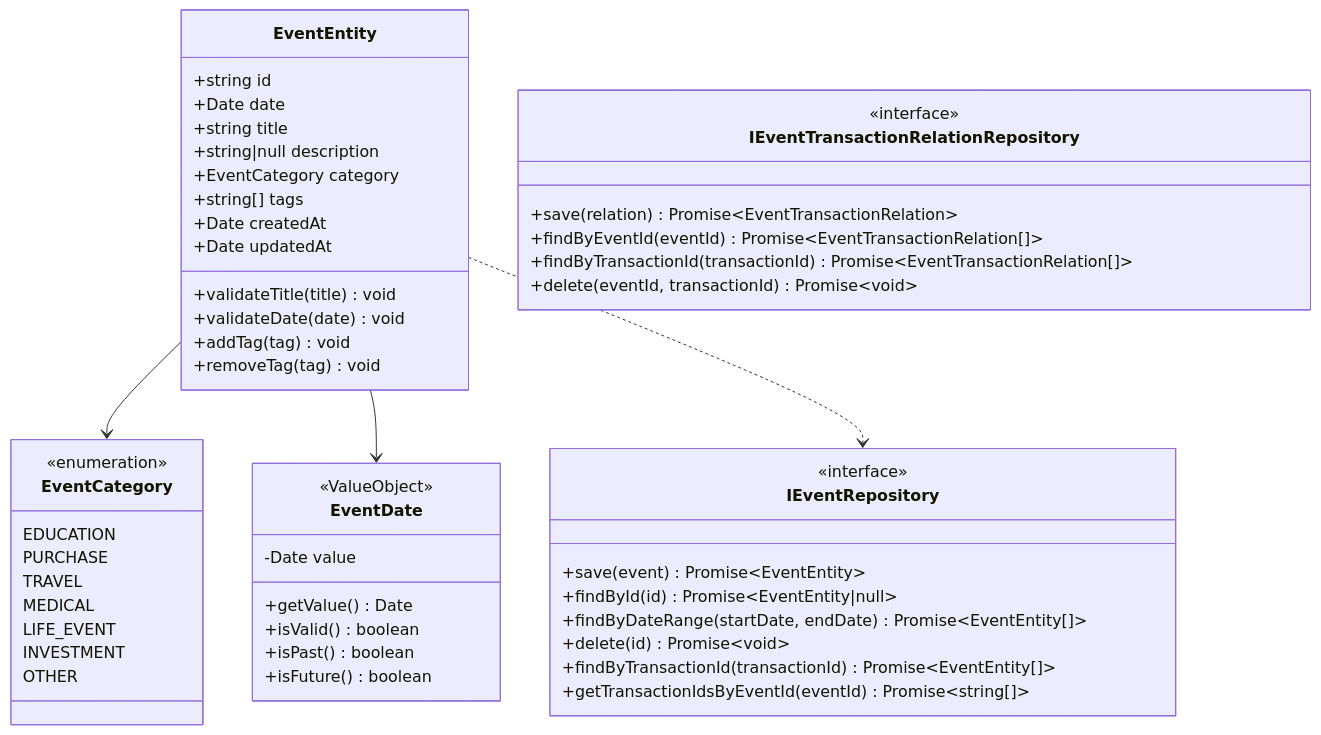
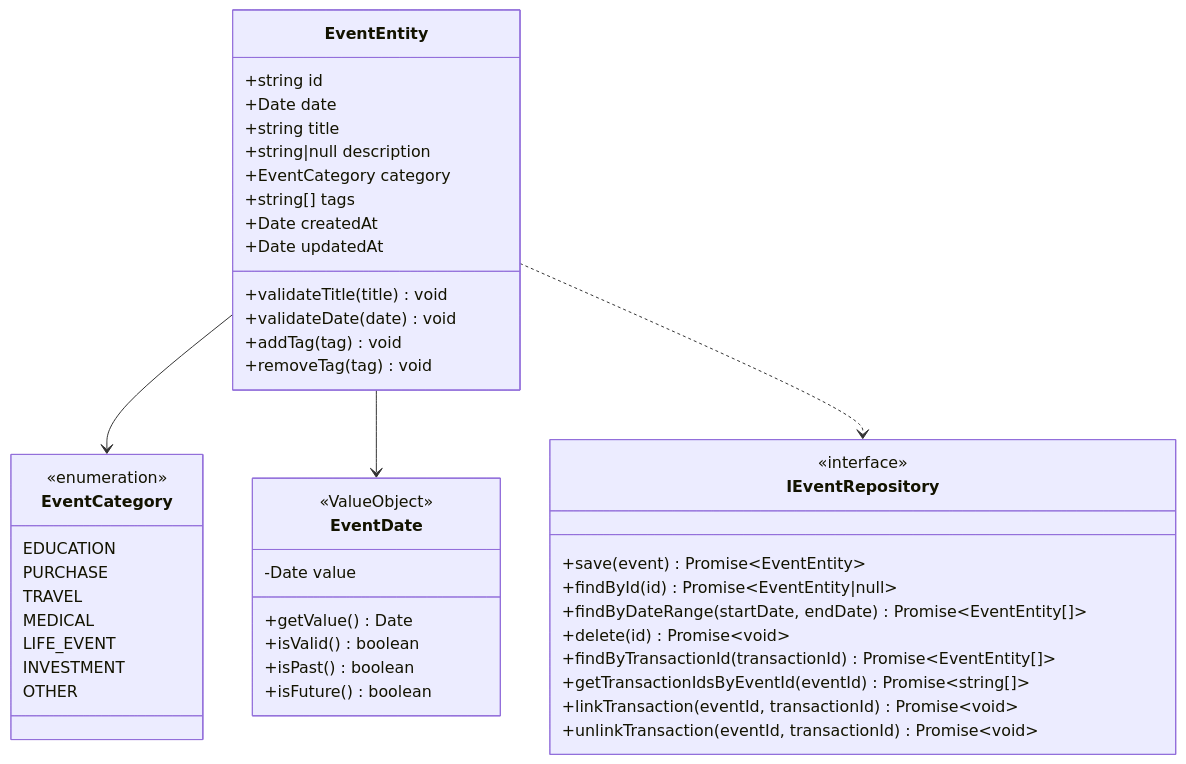
Before and after one commit to kencom2400/account-book: the first of 7 diagrams in docs/detailed-design/FR-021_event-memo/class-diagrams.md, drawn with Mermaid. The commit also changed other lines of this file and 3 other files, not shown here.

````diff
--- a/docs/detailed-design/FR-021_event-memo/class-diagrams.md
+++ b/docs/detailed-design/FR-021_event-memo/class-diagrams.md
@@ -19,59 +19,53 @@
 ```mermaid
 classDiagram
     class EventEntity {
         +string id
         +Date date
         +string title
         +string|null description
         +EventCategory category
         +string[] tags
         +Date createdAt
         +Date updatedAt
         +validateTitle(title) void
         +validateDate(date) void
         +addTag(tag) void
         +removeTag(tag) void
     }
 
     class EventCategory {
         <<enumeration>>
         EDUCATION
         PURCHASE
         TRAVEL
         MEDICAL
         LIFE_EVENT
         INVESTMENT
         OTHER
     }
 
     class EventDate {
         <<ValueObject>>
         -Date value
         +getValue() Date
         +isValid() boolean
         +isPast() boolean
         +isFuture() boolean
     }
 
     class IEventRepository {
         <<interface>>
         +save(event) Promise~EventEntity~
         +findById(id) Promise~EventEntity|null~
         +findByDateRange(startDate, endDate) Promise~EventEntity[]~
         +delete(id) Promise~void~
         +findByTransactionId(transactionId) Promise~EventEntity[]~
         +getTransactionIdsByEventId(eventId) Promise~string[]~
-    }
-
-    class IEventTransactionRelationRepository {
-        <<interface>>
-        +save(relation) Promise~EventTransactionRelation~
-        +findByEventId(eventId) Promise~EventTransactionRelation[]~
-        +findByTransactionId(transactionId) Promise~EventTransactionRelation[]~
-        +delete(eventId, transactionId) Promise~void~
+        +linkTransaction(eventId, transactionId) Promise~void~
+        +unlinkTransaction(eventId, transactionId) Promise~void~
     }
 
     EventEntity --> EventCategory
     EventEntity --> EventDate
     EventEntity ..> IEventRepository
 ```
````
